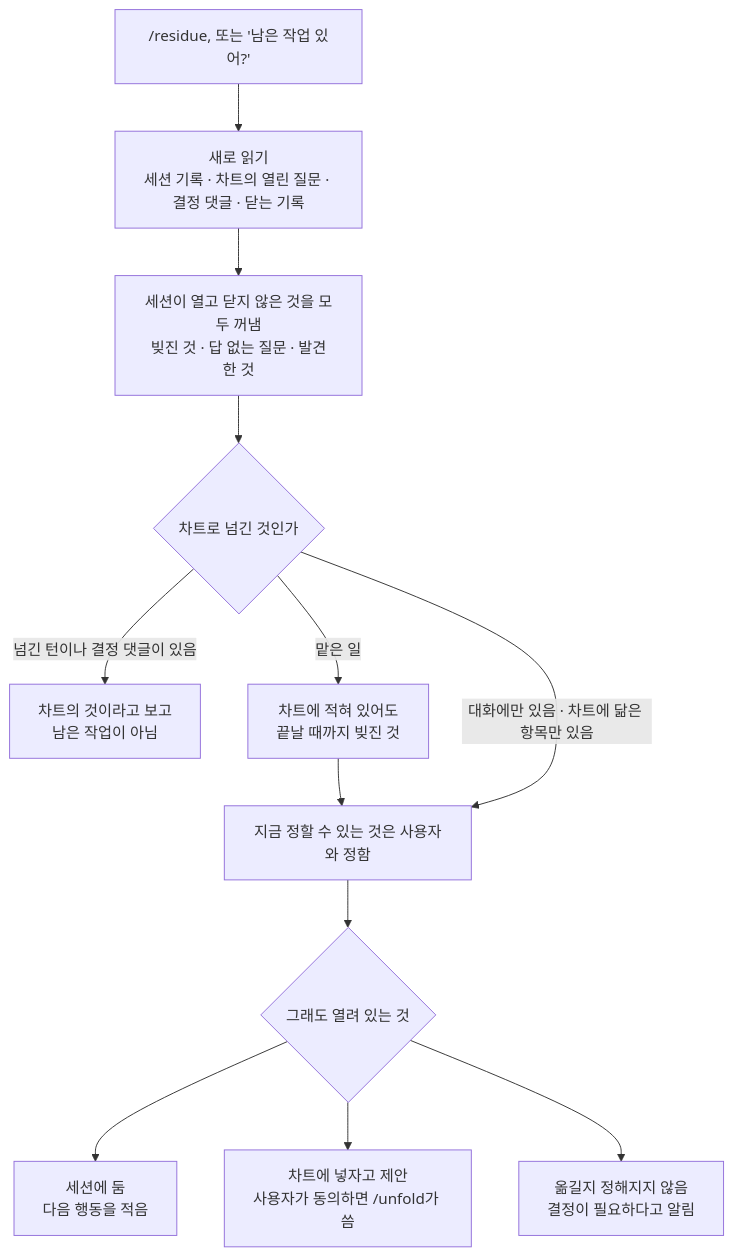
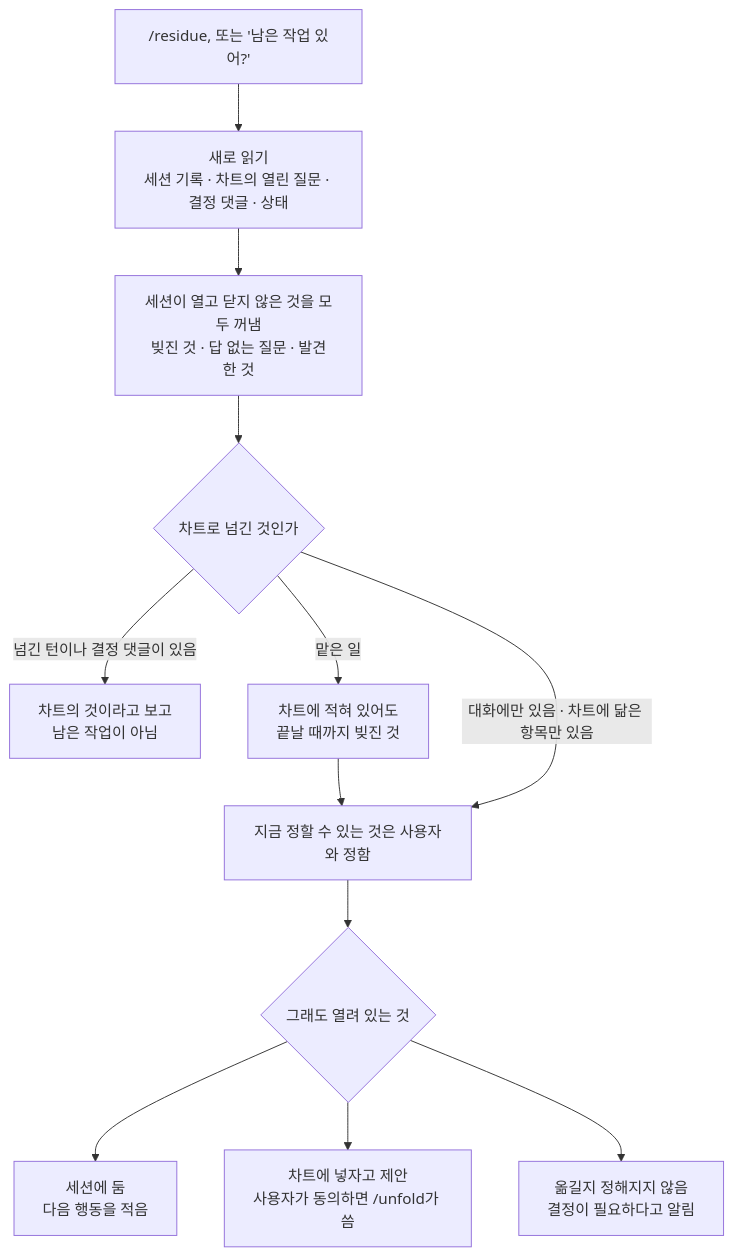
Before and after one commit to jongwony/cc-plugin: the diagram in residue/README.md, drawn with Mermaid. The commit also changed other lines of this file and 2 other files, not shown here.

First paragraph of the commit message:
ROO-249: residue reads a chart's closure from its issue status again
A chart whose status is Done or Canceled is closed and takes no write; the
status is read immediately before a write is proposed. Step 0 reads the
chart's status again, and the README's diagram and "쓰지 않는 것" line say
the same.

````diff
--- a/residue/README.md
+++ b/residue/README.md
@@ -9,14 +9,14 @@
 ```mermaid
 flowchart TD
-  A["/residue, 또는 '남은 작업 있어?'"] --> B["새로 읽기<br/>세션 기록 · 차트의 열린 질문 · 결정 댓글 · 닫는 기록"]
+  A["/residue, 또는 '남은 작업 있어?'"] --> B["새로 읽기<br/>세션 기록 · 차트의 열린 질문 · 결정 댓글 · 상태"]
   B --> C["세션이 열고 닫지 않은 것을 모두 꺼냄<br/>빚진 것 · 답 없는 질문 · 발견한 것"]
   C --> D{"차트로 넘긴 것인가"}
   D -- "넘긴 턴이나 결정 댓글이 있음" --> E["차트의 것이라고 보고<br/>남은 작업이 아님"]
   D -- "맡은 일" --> K["차트에 적혀 있어도<br/>끝날 때까지 빚진 것"]
   K --> F
   D -- "대화에만 있음 · 차트에 닮은 항목만 있음" --> F["지금 정할 수 있는 것은 사용자와 정함"]
   F --> G{"그래도 열려 있는 것"}
   G --> H["세션에 둠<br/>다음 행동을 적음"]
   G --> I["차트에 넣자고 제안<br/>사용자가 동의하면 /unfold가 씀"]
   G --> J["옮길지 정해지지 않음<br/>결정이 필요하다고 알림"]
 ```
````
